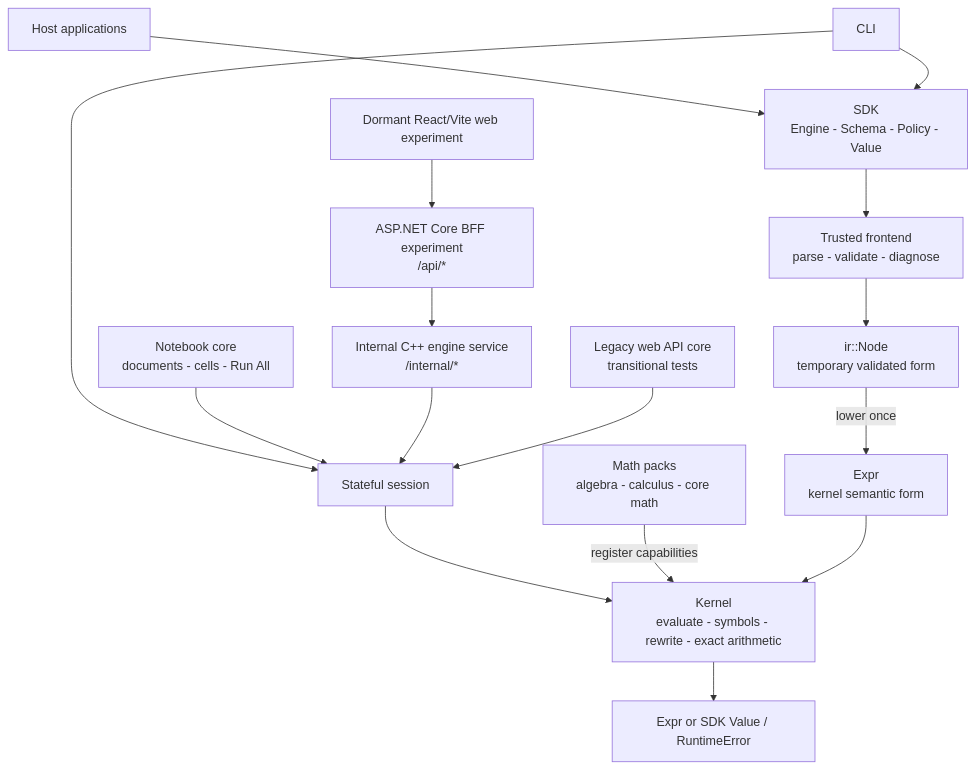
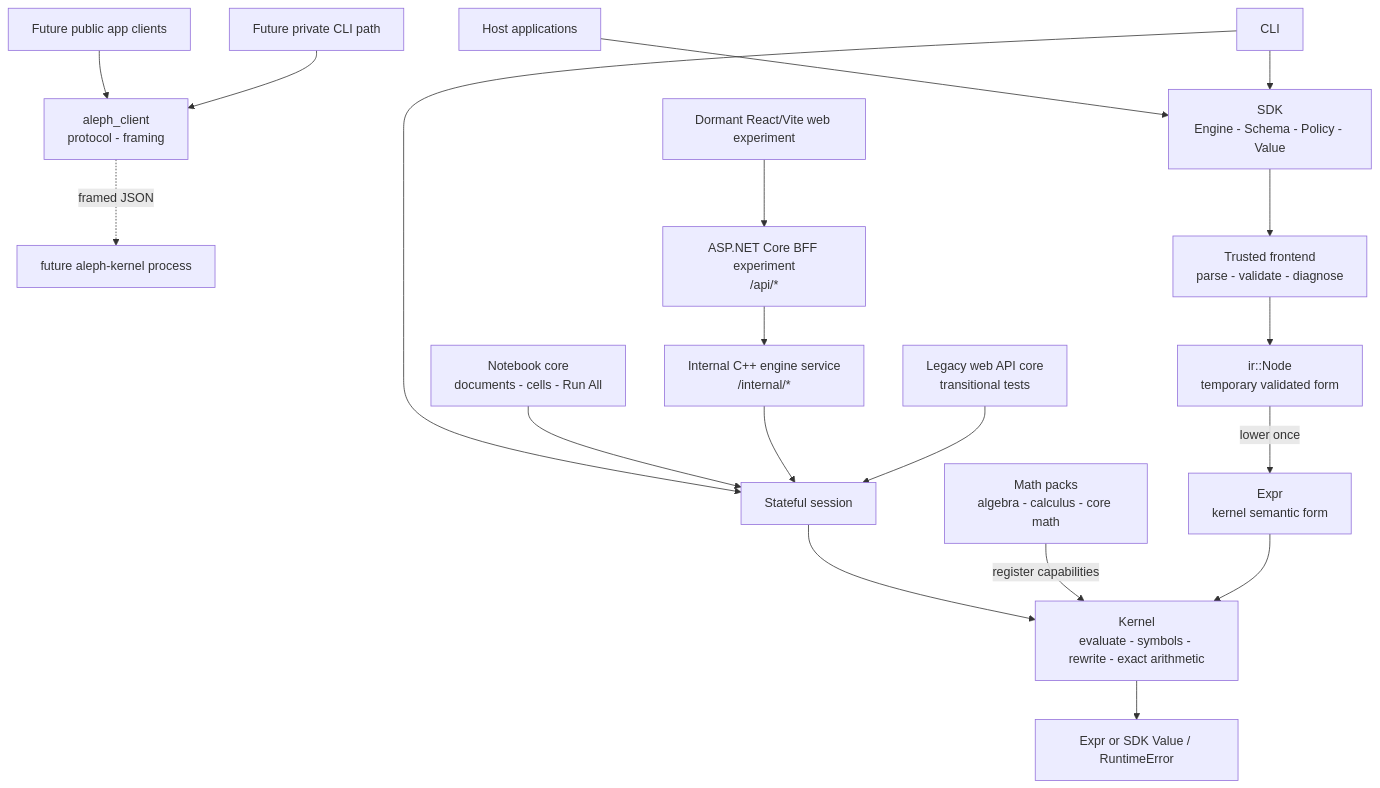
Before and after one commit to sergiorf/aleph3: the first of 10 diagrams in docs/architecture.md, drawn with Mermaid. The commit also changed other lines of this file and 10 other files, not shown here.

First line of the commit message:
feat: add aleph client protocol model

````diff
--- a/docs/architecture.md
+++ b/docs/architecture.md
@@ -20,18 +20,21 @@
 ```mermaid
 flowchart TB
     Host["Host applications"] --> SDK["SDK<br/>Engine - Schema - Policy - Value"]
+    AppClient["Future public app clients"] --> AlephClient["aleph_client<br/>protocol - framing"]
+    PrivateCLI["Future private CLI path"] --> AlephClient
+    AlephClient -. framed JSON .-> KernelProcess["future aleph-kernel process"]
     CLI["CLI"] --> Session["Stateful session"]
     Notebook["Notebook core<br/>documents - cells - Run All"] --> Session
     WebFrontend["Dormant React/Vite web experiment"] --> BFF["ASP.NET Core BFF experiment<br/>/api/*"]
     BFF --> EngineSvc["Internal C++ engine service<br/>/internal/*"]
     EngineSvc --> Session
     WebApi["Legacy web API core<br/>transitional tests"] --> Session
     Session --> Kernel
     CLI --> SDK
     SDK --> Frontend["Trusted frontend<br/>parse - validate - diagnose"]
     Frontend --> IR["ir::Node<br/>temporary validated form"]
     IR -->|lower once| Expr["Expr<br/>kernel semantic form"]
     Packs["Math packs<br/>algebra - calculus - core math"] -->|register capabilities| Kernel
     Expr --> Kernel["Kernel<br/>evaluate - symbols - rewrite - exact arithmetic"]
     Kernel --> Result["Expr or SDK Value / RuntimeError"]
 ```
````
